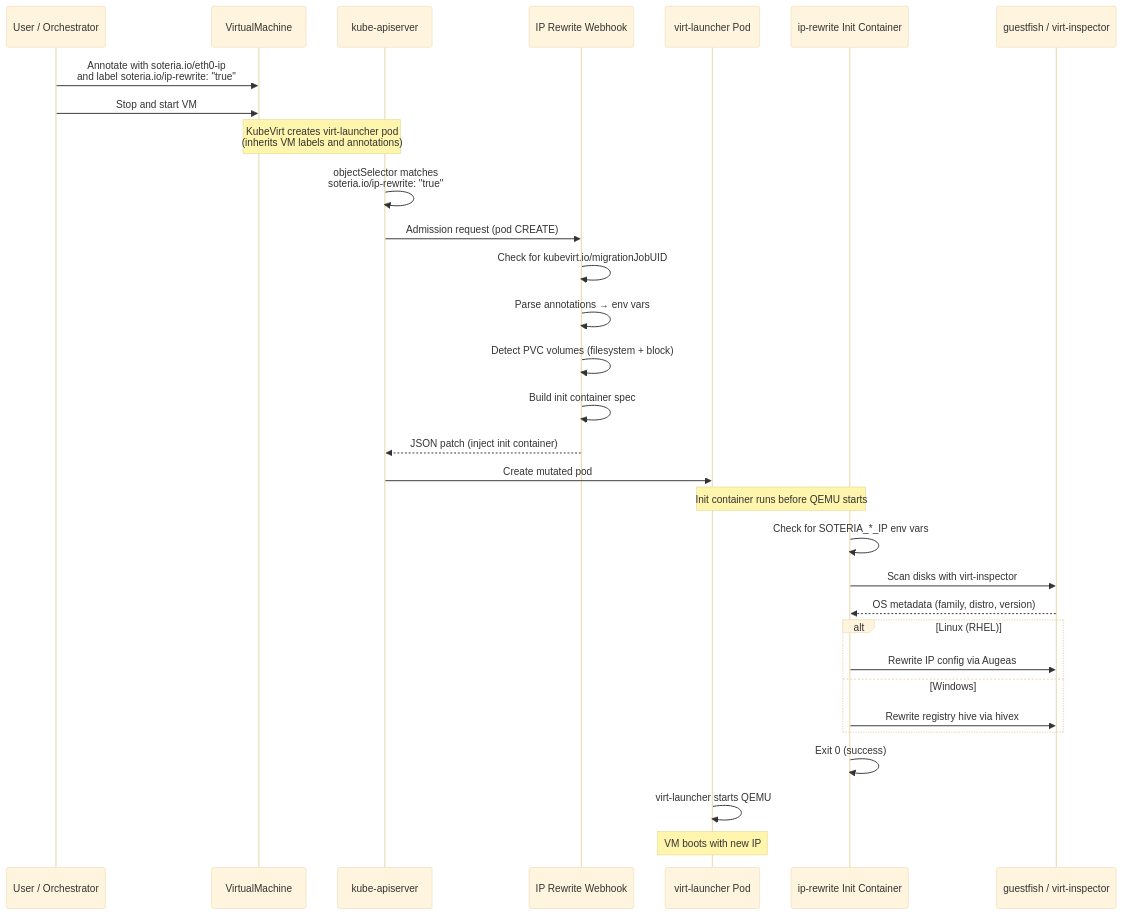
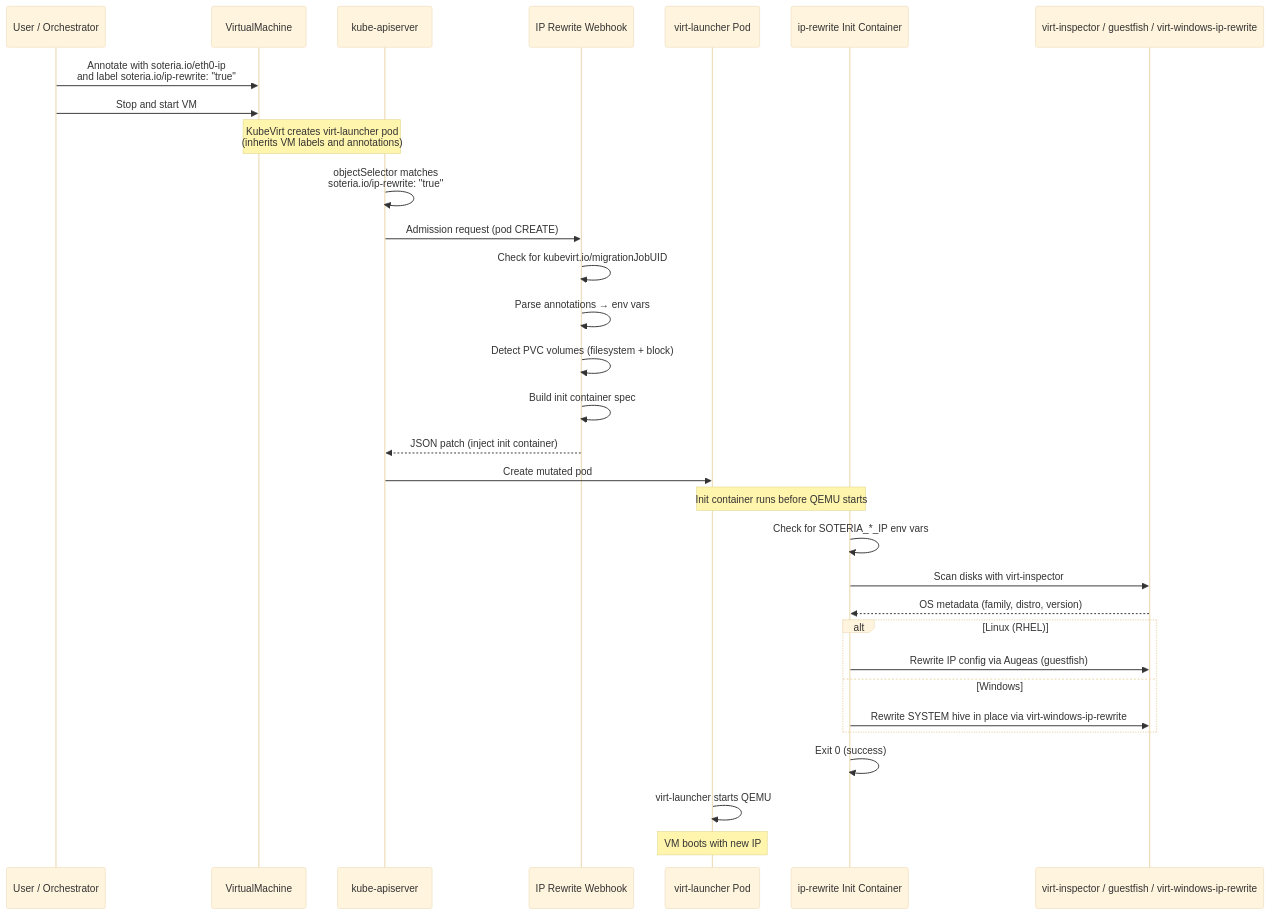
One commit to raffaelespazzoli/soteria changed the diagram in docs/architecture/ip-rewrite.md. Above: the diagram before and after it, drawn with Mermaid (base theme). The commit also changed other lines of this file and 41 other files, not shown here.

First line of the commit message:
feat(ip-rewrite): in-place Windows rewrite, multi-arch images, and docs

````diff
--- a/docs/architecture/ip-rewrite.md
+++ b/docs/architecture/ip-rewrite.md
@@ -143,43 +145,43 @@
 ```mermaid
 sequenceDiagram
   participant User as User / Orchestrator
   participant VM as VirtualMachine
   participant KubeAPI as kube-apiserver
   participant Webhook as IP Rewrite Webhook
   participant Pod as virt-launcher Pod
   participant Init as ip-rewrite Init Container
-  participant GuestFS as guestfish / virt-inspector
+  participant GuestFS as virt-inspector / guestfish / virt-windows-ip-rewrite
 
   User->>VM: Annotate with soteria.io/eth0-ip<br/>and label soteria.io/ip-rewrite: "true"
   User->>VM: Stop and start VM
 
   Note over VM,KubeAPI: KubeVirt creates virt-launcher pod<br/>(inherits VM labels and annotations)
 
   KubeAPI->>KubeAPI: objectSelector matches<br/>soteria.io/ip-rewrite: "true"
   KubeAPI->>Webhook: Admission request (pod CREATE)
 
   Webhook->>Webhook: Check for kubevirt.io/migrationJobUID
   Webhook->>Webhook: Parse annotations → env vars
   Webhook->>Webhook: Detect PVC volumes (filesystem + block)
   Webhook->>Webhook: Build init container spec
 
   Webhook-->>KubeAPI: JSON patch (inject init container)
   KubeAPI->>Pod: Create mutated pod
 
   Note over Pod,Init: Init container runs before QEMU starts
 
   Init->>Init: Check for SOTERIA_*_IP env vars
   Init->>GuestFS: Scan disks with virt-inspector
 
   GuestFS-->>Init: OS metadata (family, distro, version)
 
   alt Linux (RHEL)
-    Init->>GuestFS: Rewrite IP config via Augeas
+    Init->>GuestFS: Rewrite IP config via Augeas (guestfish)
   else Windows
-    Init->>GuestFS: Rewrite registry hive via hivex
+    Init->>GuestFS: Rewrite SYSTEM hive in place via virt-windows-ip-rewrite
   end
 
   Init->>Init: Exit 0 (success)
   Pod->>Pod: virt-launcher starts QEMU
   Note over Pod: VM boots with new IP
 ```
````
